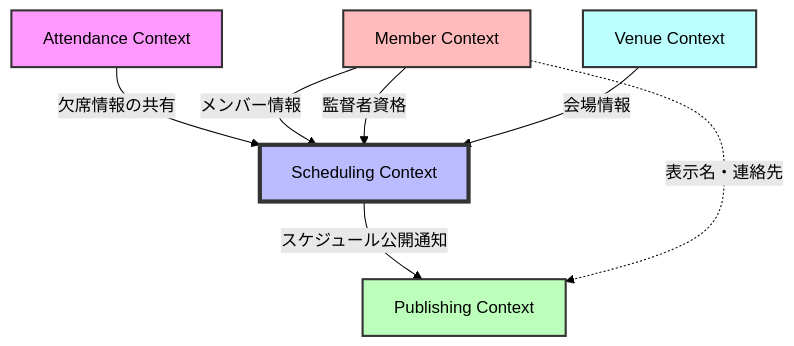
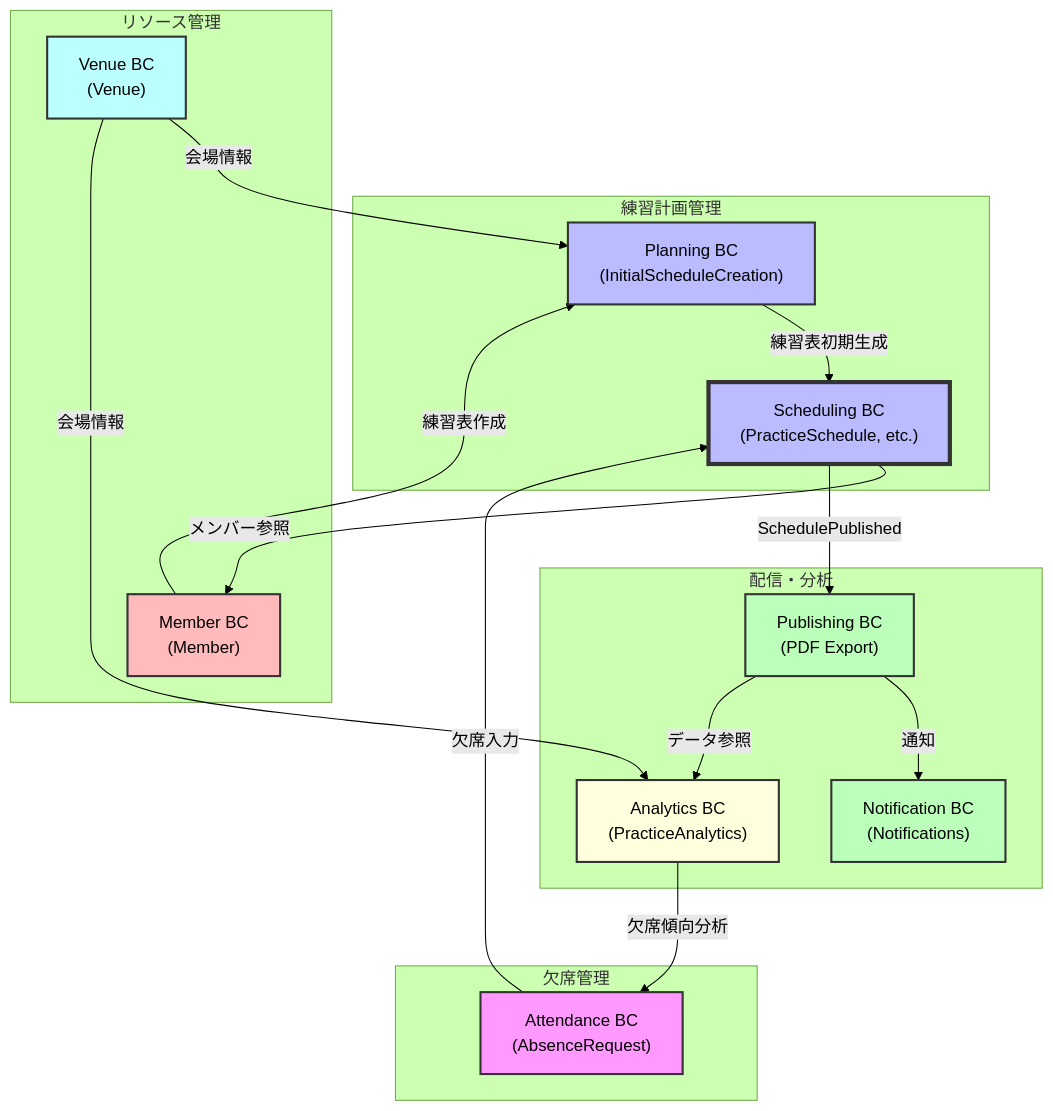
Before and after one commit to NowatariSoma/tomosigoto_nou_system: the first of 15 diagrams in 設計書/03_バウンデッドコンテキスト.md, drawn with Mermaid (forest theme). The commit also changed other lines of this file and 12 other files, not shown here.

````diff
--- a/設計書/03_バウンデッドコンテキスト.md
+++ b/設計書/03_バウンデッドコンテキスト.md
@@ -7,21 +7,44 @@
 ```mermaid
-graph TD
-    AC[Attendance Context]
-    SC[Scheduling Context]
-    PC[Publishing Context]
-    MC[Member Context]
-    VC[Venue Context]
+flowchart TD
+    %% グループの定義
+    subgraph PracticeManagement[練習計画管理]
+        PlanningBC["Planning BC<br>(InitialScheduleCreation)"]
+        SchedulingBC["Scheduling BC<br>(PracticeSchedule, etc.)"]
+    end
     
-    AC -->|欠席情報の共有| SC
-    SC -->|スケジュール公開通知| PC
-    MC -->|メンバー情報| SC
-    MC -->|監督者資格| SC
-    VC -->|会場情報| SC
-    MC -.->|表示名・連絡先| PC
+    subgraph ResourceManagement[リソース管理]
+        VenueBC["Venue BC<br>(Venue)"]
+        MemberBC["Member BC<br>(Member)"]
+    end
     
-    style AC fill:#f9f,stroke:#333,stroke-width:2px
-    style SC fill:#bbf,stroke:#333,stroke-width:4px
-    style PC fill:#bfb,stroke:#333,stroke-width:2px
-    style MC fill:#fbb,stroke:#333,stroke-width:2px
-    style VC fill:#bff,stroke:#333,stroke-width:2px
+    subgraph AbsenceManagement[欠席管理]
+        AttendanceBC["Attendance BC<br>(AbsenceRequest)"]
+    end
+    
+    subgraph PublishingAnalytics[配信・分析]
+        PublishingBC["Publishing BC<br>(PDF Export)"]
+        NotificationBC["Notification BC<br>(Notifications)"]
+        AnalyticsBC["Analytics BC<br>(PracticeAnalytics)"]
+    end
+    
+    %% コンテキスト間の関連性
+    VenueBC -->|会場情報| PlanningBC
+    MemberBC -->|練習表作成| PlanningBC
+    PlanningBC -->|練習表初期生成| SchedulingBC
+    SchedulingBC -->|メンバー参照| MemberBC
+    AttendanceBC -->|欠席入力| SchedulingBC
+    SchedulingBC -->|SchedulePublished| PublishingBC
+    PublishingBC -->|通知| NotificationBC
+    PublishingBC -->|データ参照| AnalyticsBC
+    VenueBC -->|会場情報| AnalyticsBC
+    AnalyticsBC -->|欠席傾向分析| AttendanceBC
+    
+    style PlanningBC fill:#bbf,stroke:#333,stroke-width:2px
+    style SchedulingBC fill:#bbf,stroke:#333,stroke-width:4px
+    style VenueBC fill:#bff,stroke:#333,stroke-width:2px
+    style MemberBC fill:#fbb,stroke:#333,stroke-width:2px
+    style AttendanceBC fill:#f9f,stroke:#333,stroke-width:2px
+    style PublishingBC fill:#bfb,stroke:#333,stroke-width:2px
+    style NotificationBC fill:#bfb,stroke:#333,stroke-width:2px
+    style AnalyticsBC fill:#ffd,stroke:#333,stroke-width:2px
 ```
````
